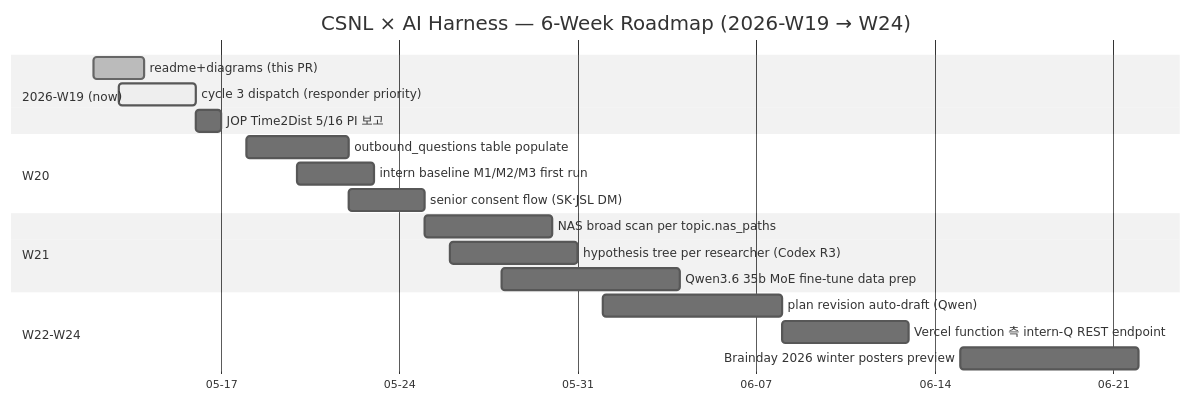
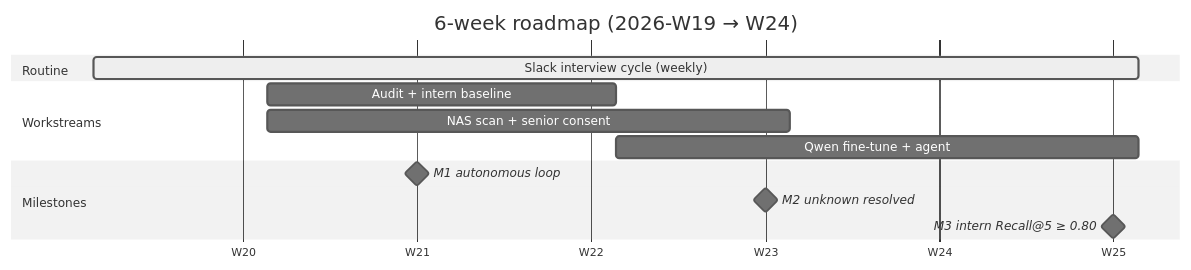
The third of 3 diagrams in README.md (CSNL-vnilab/csnl-ops), drawn with Mermaid (neutral theme) before and after one commit. The commit also changed other lines of this file and 4 other files, not shown here.

First line of the commit message:
docs(readme): prune diagrams + reduce jargon — Figure 1/2/4 leaner

````diff
--- a/README.md
+++ b/README.md
@@ -407,26 +377,19 @@
 ```mermaid
 gantt
-  title CSNL × AI Harness — 6-Week Roadmap (2026-W19 → W24)
+  title 6-week roadmap (2026-W19 → W24)
   dateFormat YYYY-MM-DD
-  axisFormat %m-%d
+  axisFormat W%V
 
-  section 2026-W19 (now)
-  readme+diagrams (this PR)                :done,    a1, 2026-05-12, 2d
-  cycle 3 dispatch (responder priority)    :active,  a2, 2026-05-13, 3d
-  JOP Time2Dist 5/16 PI 보고               :         a3, 2026-05-16, 1d
+  section Routine
+  Slack interview cycle (weekly) :active, r1, 2026-05-11, 42d
 
-  section W20
-  outbound_questions table populate        :         b1, 2026-05-18, 4d
-  intern baseline M1/M2/M3 first run       :         b2, 2026-05-20, 3d
-  senior consent flow (SK·JSL DM)          :         b3, 2026-05-22, 3d
+  section Workstreams
+  Audit + intern baseline   :w1, 2026-05-18, 14d
+  NAS scan + senior consent :w2, 2026-05-18, 21d
+  Qwen fine-tune + agent    :w3, 2026-06-01, 21d
 
-  section W21
-  NAS broad scan per topic.nas_paths       :         c1, 2026-05-25, 5d
-  hypothesis tree per researcher (Codex R3)  :       c2, 2026-05-26, 5d
-  Qwen3.6 35b MoE fine-tune data prep     :         c3, 2026-05-28, 7d
-
-  section W22-W24
-  plan revision auto-draft (Qwen)          :         d1, 2026-06-01, 7d
-  Vercel function 측 intern-Q REST endpoint :        d2, 2026-06-08, 5d
-  Brainday 2026 winter posters preview     :         d3, 2026-06-15, 7d
+  section Milestones
+  M1 autonomous loop        :milestone, m1, 2026-05-24, 0d
+  M2 unknown resolved       :milestone, m2, 2026-06-07, 0d
+  M3 intern Recall@5 ≥ 0.80 :milestone, m3, 2026-06-21, 0d
 ```
````
